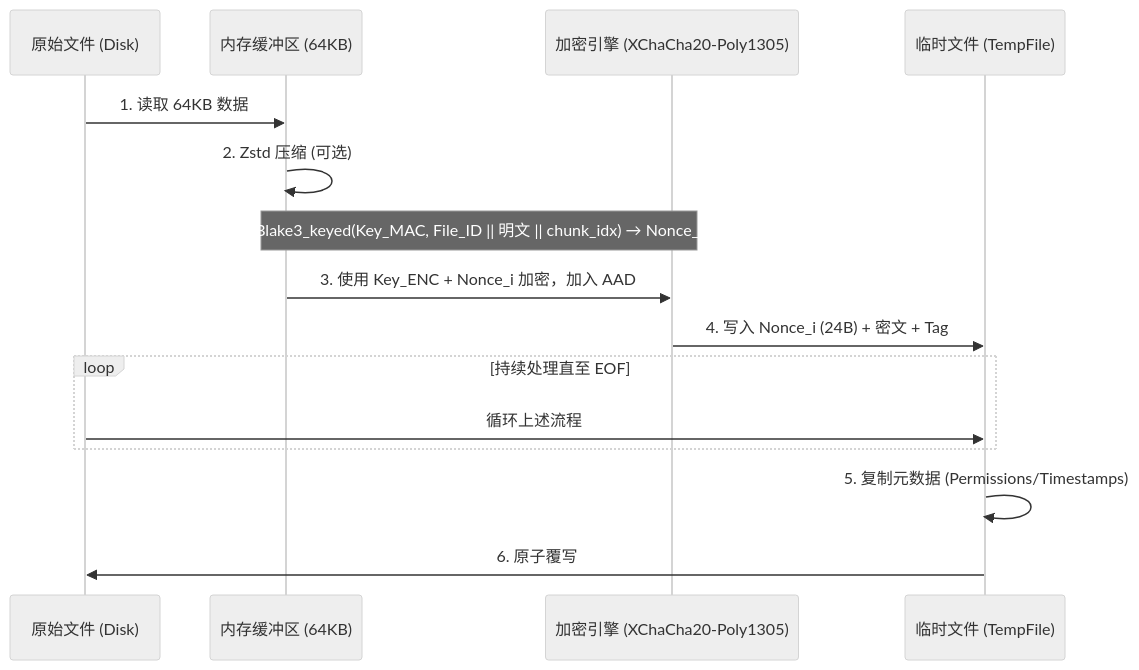
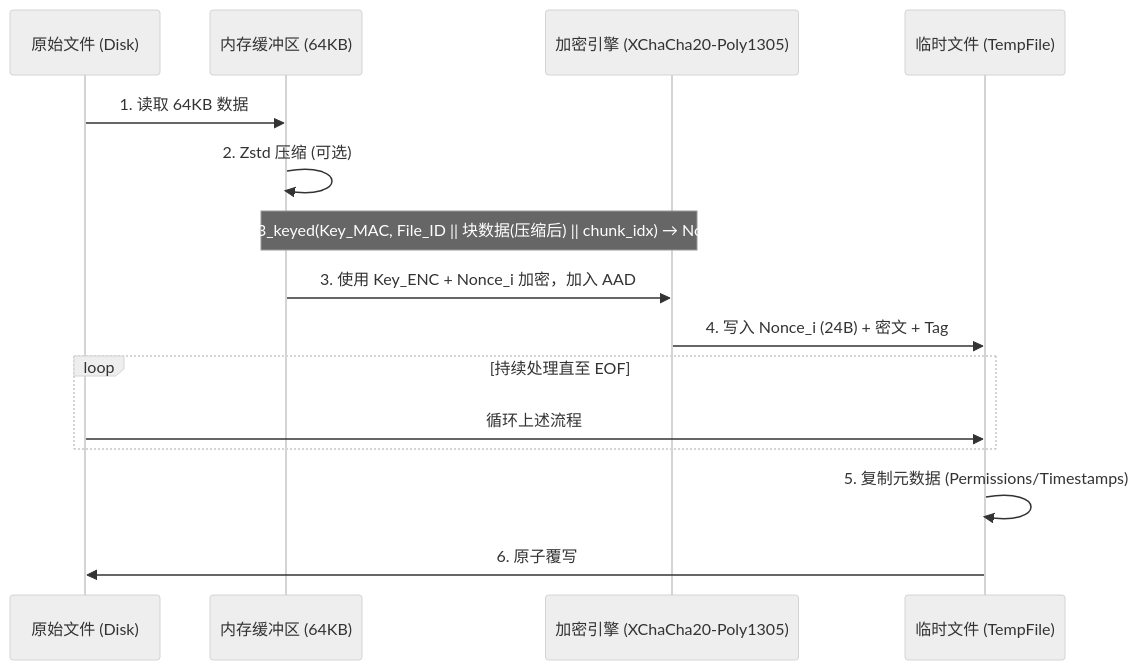
One commit to lxl66566/git-simple-encrypt changed the diagram in AGENTS.md. Above: the diagram before and after it, drawn with Mermaid (neutral theme). The commit also changed other lines of this file and 2 other files, not shown here.

First line of the commit message:
docs: sync header layout, parallel backend, nonce semantics, usage

````diff
--- a/AGENTS.md
+++ b/AGENTS.md
@@ -56,18 +56,18 @@
 ```mermaid
 sequenceDiagram
     participant F as 原始文件 (Disk)
     participant M as 内存缓冲区 (64KB)
     participant E as 加密引擎 (XChaCha20-Poly1305)
     participant T as 临时文件 (TempFile)
 
     F->>M: 1. 读取 64KB 数据
     M->>M: 2. Zstd 压缩 (可选)
-    Note over M,E: Blake3_keyed(Key_MAC, File_ID || 明文 || chunk_idx) → Nonce_i
+    Note over M,E: Blake3_keyed(Key_MAC, File_ID || 块数据(压缩后) || chunk_idx) → Nonce_i
     M->>E: 3. 使用 Key_ENC + Nonce_i 加密，加入 AAD
     E->>T: 4. 写入 Nonce_i (24B) + 密文 + Tag
     loop 持续处理直至 EOF
         F->>T: 循环上述流程
     end
     T->>T: 5. 复制元数据 (Permissions/Timestamps)
     T->>F: 6. 原子覆写
 ```
````
